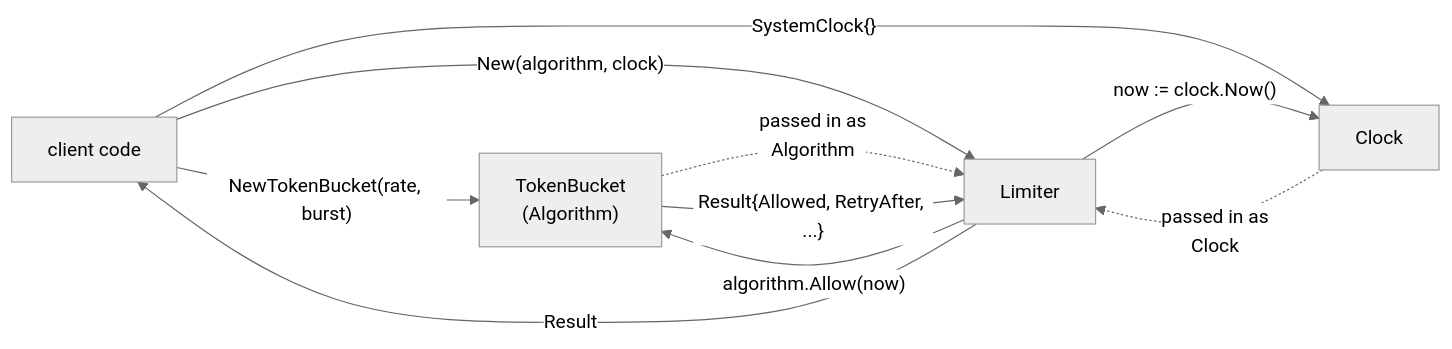
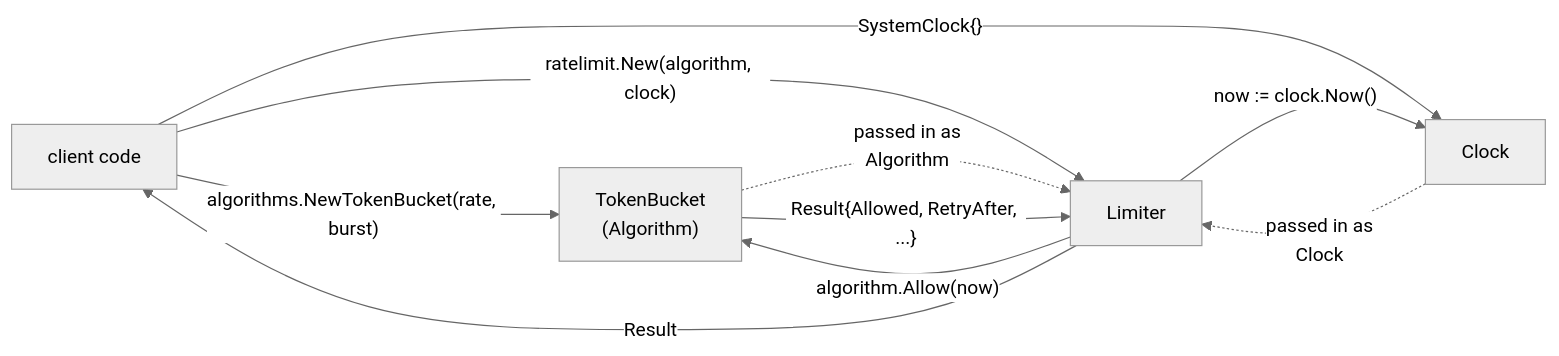
One commit to const-nash/go-rate-limiter changed the third of 3 diagrams in docs/architecture.md. Above: the diagram before and after it, drawn with Mermaid (neutral theme). The commit also changed other lines of this file and 4 other files, not shown here.

````diff
--- a/docs/architecture.md
+++ b/docs/architecture.md
@@ -158,12 +199,12 @@
 ```mermaid
 flowchart LR
-    A["client code"] -->|"NewTokenBucket(rate, burst)"| B["TokenBucket\n(Algorithm)"]
-    A -->|"New(algorithm, clock)"| C["Limiter"]
+    A["client code"] -->|"algorithms.NewTokenBucket(rate, burst)"| B["TokenBucket\n(Algorithm)"]
+    A -->|"ratelimit.New(algorithm, clock)"| C["Limiter"]
     A -->|"SystemClock{}"| E["Clock"]
     B -.->|"passed in as\nAlgorithm"| C
     E -.->|"passed in as\nClock"| C
     C -->|"now := clock.Now()"| E
     C -->|"algorithm.Allow(now)"| B
     B -->|"Result{Allowed, RetryAfter, ...}"| C
     C -->|"Result"| A
 ```
````
